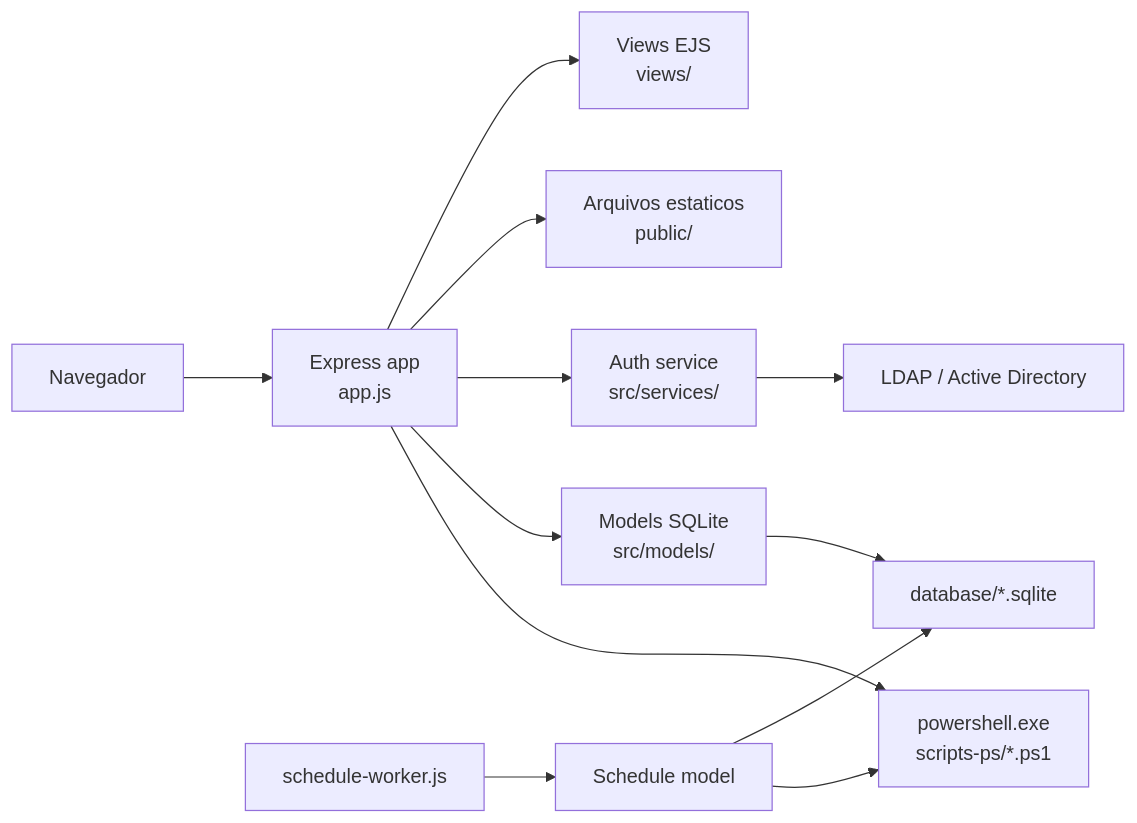
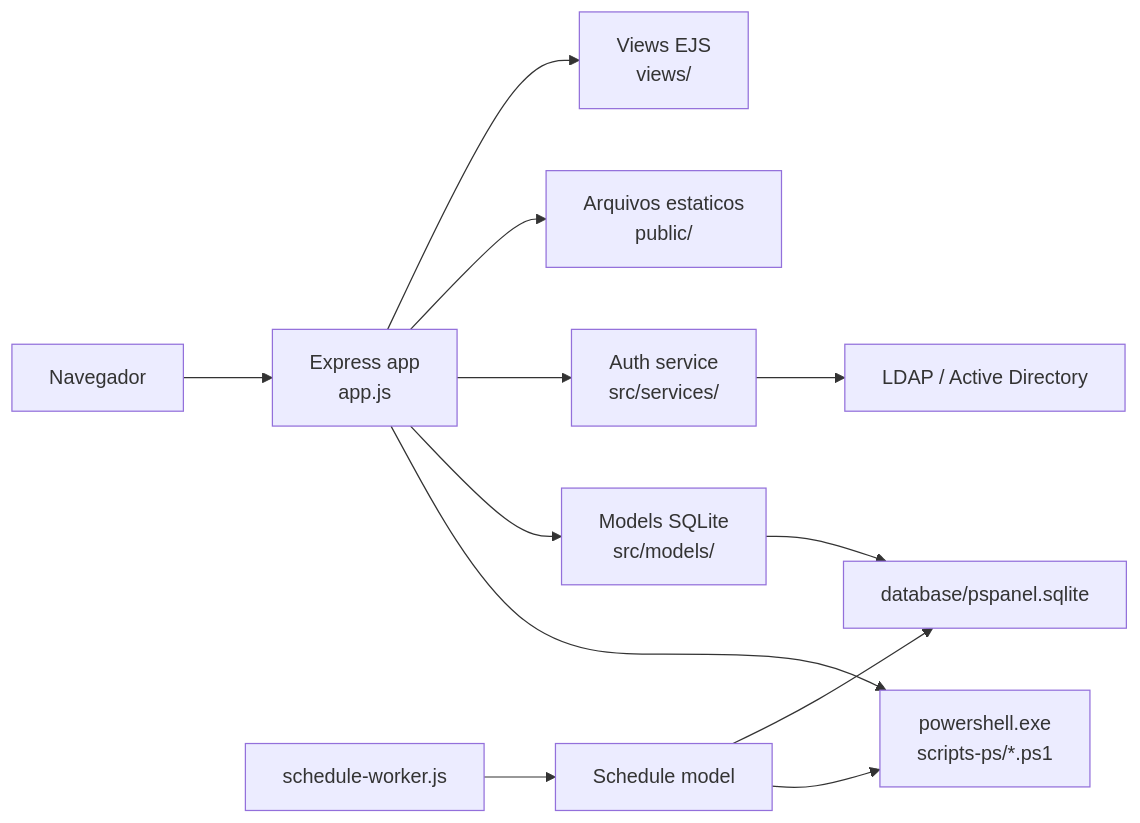
The first of 2 diagrams in docs/architecture.md (marcusrox/pspanel), drawn with Mermaid before and after one commit. The commit also changed other lines of this file and 15 other files, not shown here.

````diff
--- a/docs/architecture.md
+++ b/docs/architecture.md
@@ -20,14 +20,14 @@
 ```mermaid
 flowchart LR
     Browser["Navegador"] --> Express["Express app<br/>app.js"]
     Express --> Views["Views EJS<br/>views/"]
     Express --> Static["Arquivos estaticos<br/>public/"]
     Express --> Auth["Auth service<br/>src/services/"]
     Auth --> LDAP["LDAP / Active Directory"]
     Express --> Models["Models SQLite<br/>src/models/"]
-    Models --> DB["database/*.sqlite"]
+    Models --> DB["database/pspanel.sqlite"]
     Express --> PS["powershell.exe<br/>scripts-ps/*.ps1"]
     Worker["schedule-worker.js"] --> Schedule["Schedule model"]
     Schedule --> DB
     Schedule --> PS
 ```
````
